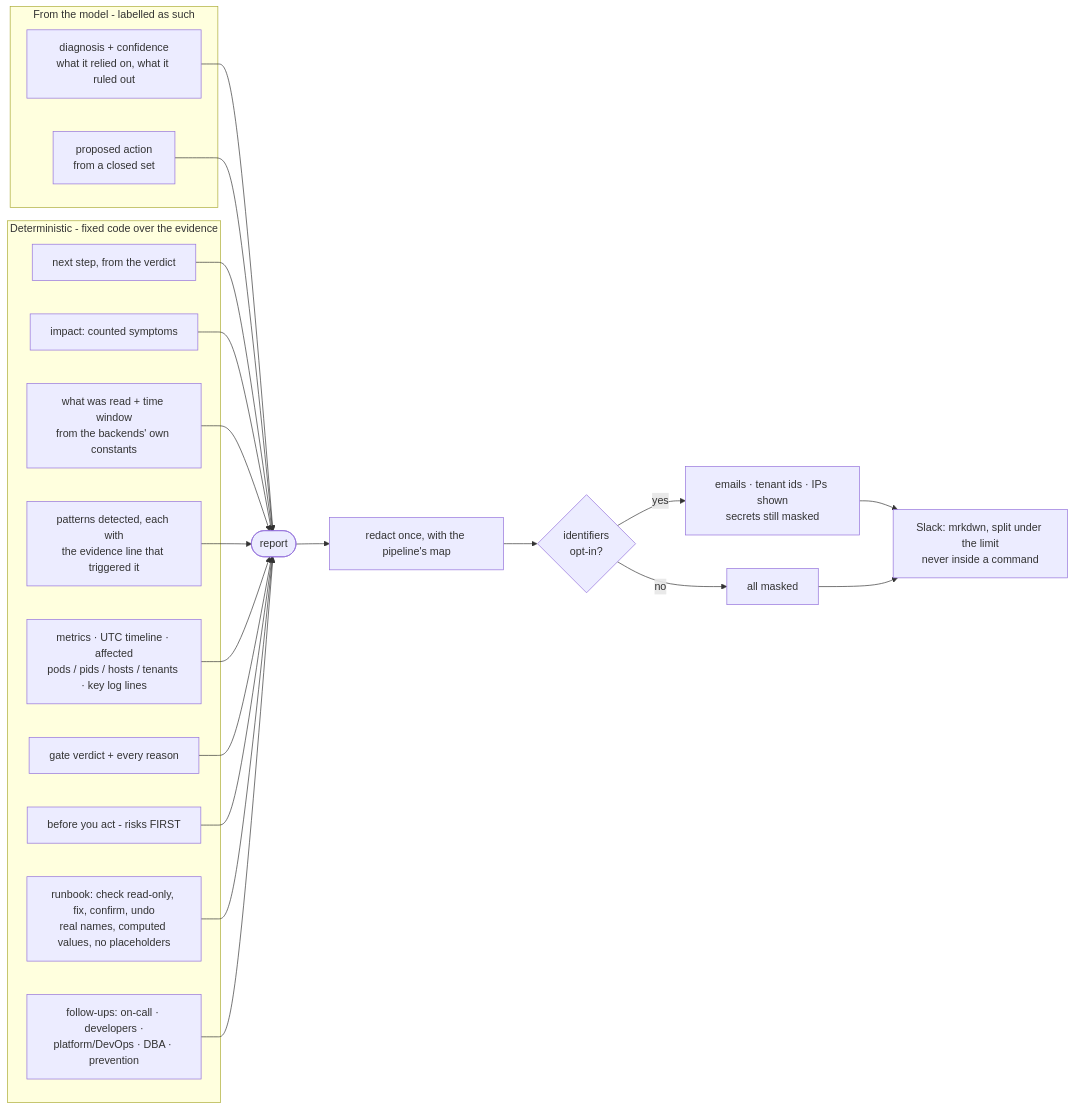
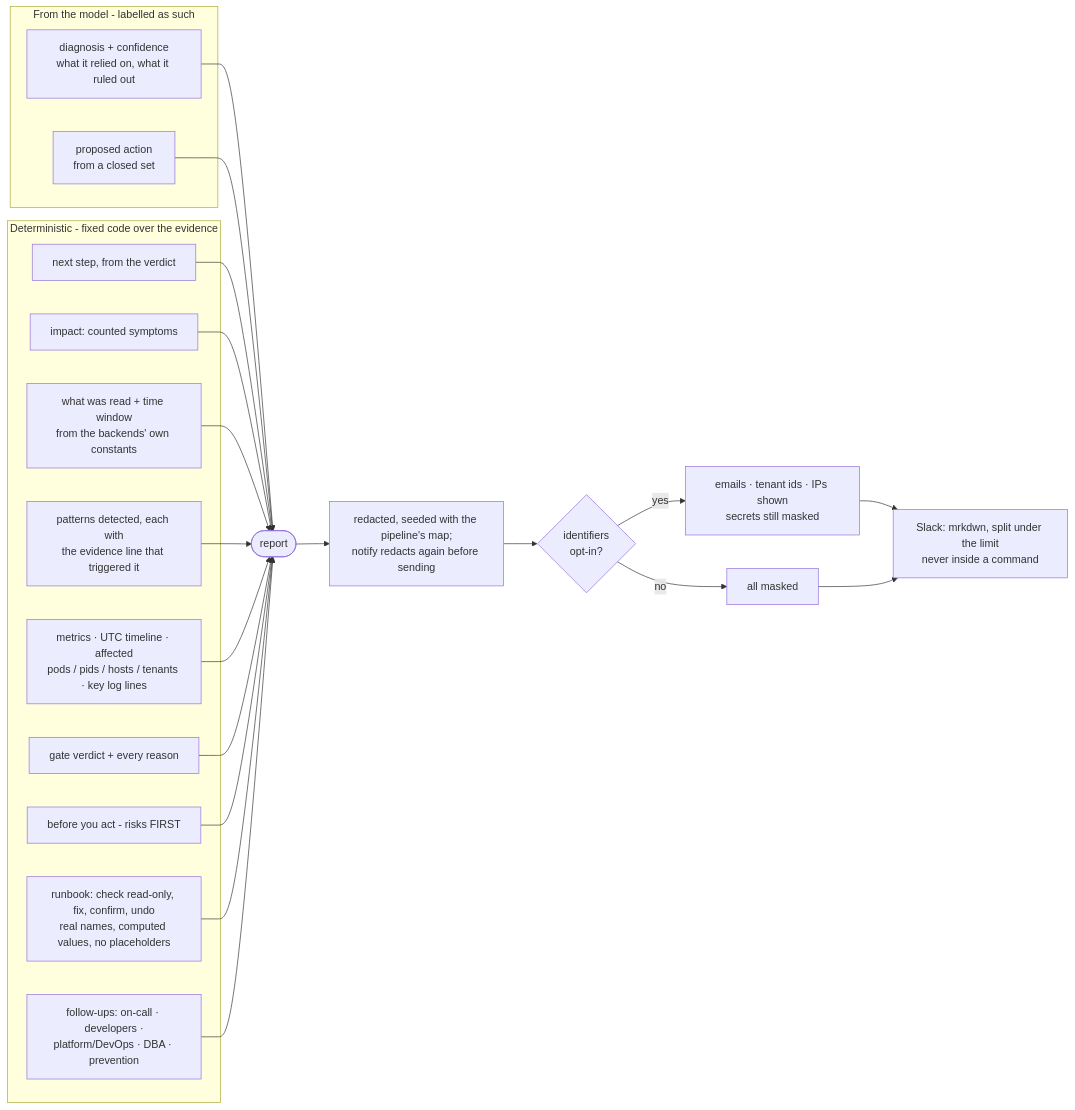
The seventh of 10 diagrams in README.md (veerarakesh56/warden), drawn with Mermaid before and after one commit. The commit also changed other lines of this file and 6 other files, not shown here.

````diff
--- a/README.md
+++ b/README.md
@@ -605,24 +702,24 @@
 ```mermaid
 flowchart LR
     subgraph MODEL[From the model - labelled as such]
         H[diagnosis + confidence<br/>what it relied on, what it ruled out]
         PA[proposed action<br/>from a closed set]
     end
     subgraph CODE[Deterministic - fixed code over the evidence]
         NX[next step, from the verdict]
         IM[impact: counted symptoms]
         SR[what was read + time window<br/>from the backends' own constants]
         PT[patterns detected, each with<br/>the evidence line that triggered it]
         EV[metrics · UTC timeline · affected<br/>pods / pids / hosts / tenants · key log lines]
         GV[gate verdict + every reason]
         RK[before you act - risks FIRST]
         RB[runbook: check read-only, fix, confirm, undo<br/>real names, computed values, no placeholders]
         TM[follow-ups: on-call · developers ·<br/>platform/DevOps · DBA · prevention]
     end
     H & PA --> R([report])
     NX & IM & SR & PT & EV & GV & RK & RB & TM --> R
-    R --> RD[redact once, with the pipeline's map] --> ID{identifiers<br/>opt-in?}
+    R --> RD[redacted, seeded with the pipeline's map;<br/>notify redacts again before sending] --> ID{identifiers<br/>opt-in?}
     ID -->|yes| SH[emails · tenant ids · IPs shown<br/>secrets still masked]
     ID -->|no| MK[all masked]
     SH & MK --> SL[Slack: mrkdwn, split under the limit<br/>never inside a command]
 ```
````
